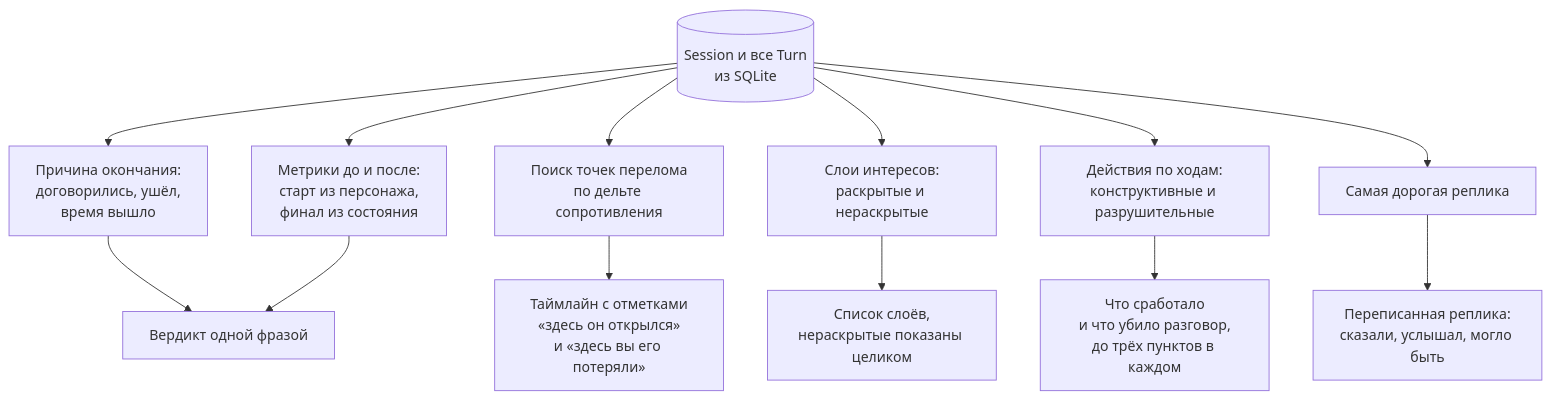
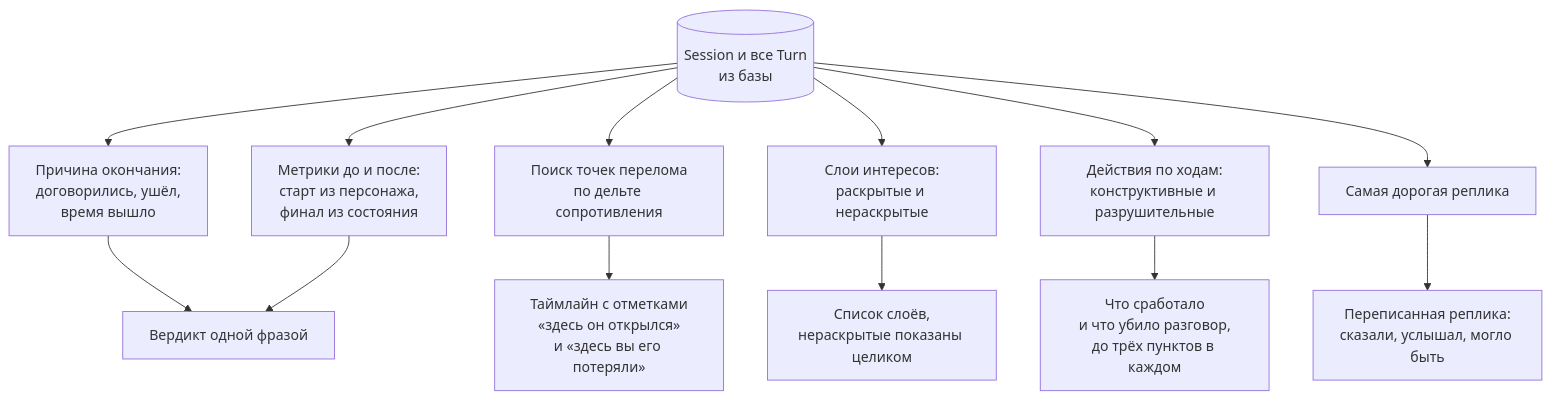
The diagram in docs-site/architecture/feedback.md (dontdoitno/lct-negotiation), drawn with Mermaid before and after one commit. The commit also changed 103 other files, not shown here.

````diff
--- a/docs-site/architecture/feedback.md
+++ b/docs-site/architecture/feedback.md
@@ -15,16 +15,16 @@
 ```mermaid
 flowchart TB
-    DB[("Session и все Turn<br/>из SQLite")] --> R1["Причина окончания:<br/>договорились, ушёл,<br/>время вышло"]
+    DB[("Session и все Turn<br/>из базы")] --> R1["Причина окончания:<br/>договорились, ушёл,<br/>время вышло"]
     DB --> R2["Метрики до и после:<br/>старт из персонажа,<br/>финал из состояния"]
     DB --> R3["Поиск точек перелома<br/>по дельте сопротивления"]
     DB --> R4["Слои интересов:<br/>раскрытые и нераскрытые"]
     DB --> R5["Действия по ходам:<br/>конструктивные и разрушительные"]
     DB --> R6["Самая дорогая реплика"]
 
     R1 --> V["Вердикт одной фразой"]
     R2 --> V
     R3 --> TL["Таймлайн с отметками<br/>«здесь он открылся»<br/>и «здесь вы его потеряли»"]
     R5 --> WK["Что сработало<br/>и что убило разговор,<br/>до трёх пунктов в каждом"]
     R6 --> RW["Переписанная реплика:<br/>сказали, услышал, могло быть"]
     R4 --> LY["Список слоёв,<br/>нераскрытые показаны целиком"]
 ```
````
